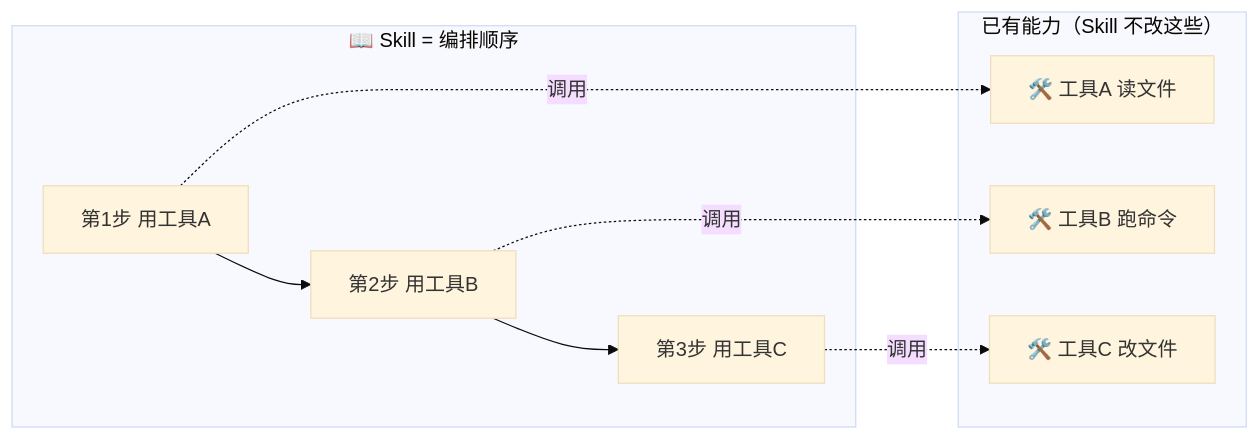
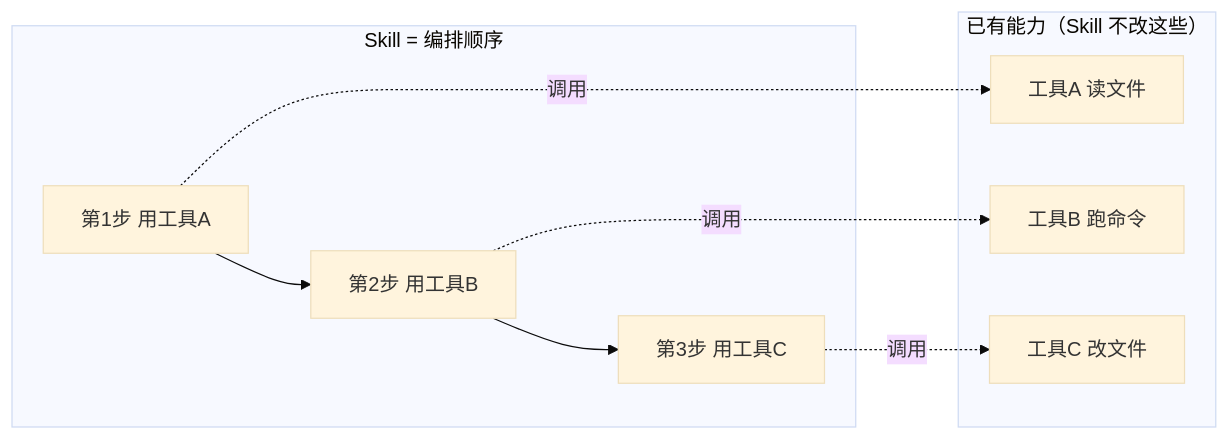
One commit to luckykhy/KhyAiHub changed the second of 8 diagrams in docs/02_CONCEPTS_概念入门/CONCEPT/[CONCEPT-05] 什么是Skill-技能.md. Above: the diagram before and after it, drawn with Mermaid (base theme). The commit also changed other lines of this file and 19 other files, not shown here.

````diff
--- a/docs/02_CONCEPTS_概念入门/CONCEPT/[CONCEPT-05] 什么是Skill-技能.md
+++ b/docs/02_CONCEPTS_概念入门/CONCEPT/[CONCEPT-05] 什么是Skill-技能.md
@@ -83,14 +83,14 @@
 ```mermaid
 flowchart LR
   subgraph 能力零件["已有能力（Skill 不改这些）"]
-    T1[🛠️ 工具A 读文件]
-    T2[🛠️ 工具B 跑命令]
-    T3[🛠️ 工具C 改文件]
+    T1[工具A 读文件]
+    T2[工具B 跑命令]
+    T3[工具C 改文件]
   end
-  subgraph 剧本["📖 Skill = 编排顺序"]
+  subgraph 剧本["Skill = 编排顺序"]
     S1[第1步 用工具A] --> S2[第2步 用工具B] --> S3[第3步 用工具C]
   end
   S1 -. 调用 .-> T1
   S2 -. 调用 .-> T2
   S3 -. 调用 .-> T3
 ```
````
